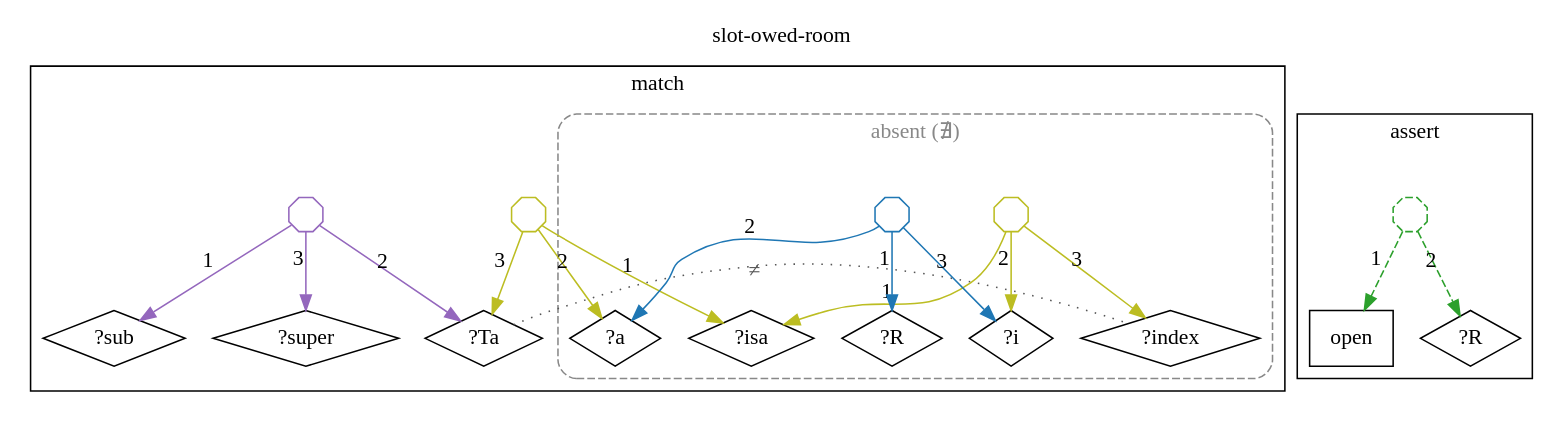
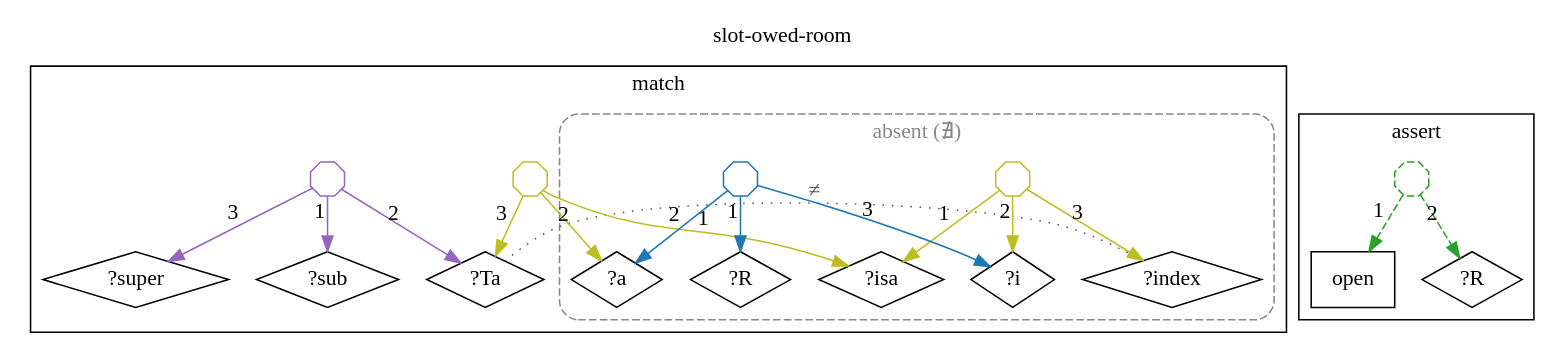
The diagram in docs/ein/user/04-reference/04-stdlib/diagrams/06-std.slots.slot-owed-room.dot (agutikov/ein), drawn with Graphviz before and after one commit. The commit also changed 102 other files, not shown here.

```diff
--- a/docs/ein/user/04-reference/04-stdlib/diagrams/06-std.slots.slot-owed-room.dot
+++ b/docs/ein/user/04-reference/04-stdlib/diagrams/06-std.slots.slot-owed-room.dot
@@ -1,41 +1,41 @@
 digraph rule_slot_owed_room_lhs_rhs {
   rankdir=TB;
   label="slot-owed-room"; labelloc=t;
   subgraph cluster_lhs { label="match";
     "?isa_L" [label="?isa", shape=diamond];
     "?a_L" [label="?a", shape=diamond];
     "?Ta_L" [label="?Ta", shape=diamond];
     "?sub_L" [label="?sub", shape=diamond];
     "?super_L" [label="?super", shape=diamond];
     "?index_L" [label="?index", shape=diamond];
     "h1_isa_L" [shape=octagon, label="", width=0.3, height=0.3, fixedsize=true, color="#bcbd22"];
     "h1_isa_L" -> "?isa_L" [xlabel="1", color="#bcbd22"];
     "h1_isa_L" -> "?a_L" [xlabel="2", color="#bcbd22"];
     "h1_isa_L" -> "?Ta_L" [xlabel="3", color="#bcbd22"];
     "h2_sub_L" [shape=octagon, label="", width=0.3, height=0.3, fixedsize=true, color="#9467bd"];
     "h2_sub_L" -> "?sub_L" [xlabel="1", color="#9467bd"];
     "h2_sub_L" -> "?Ta_L" [xlabel="2", color="#9467bd"];
     "h2_sub_L" -> "?super_L" [xlabel="3", color="#9467bd"];
-    "?Ta_L" -> "?index_L" [label="≠", dir=none, style=dotted, color="#555555", fontcolor="#555555", constraint=false];
+    "?Ta_L" -> "?index_L" [xlabel="≠", dir=none, style=dotted, color="#555555", fontcolor="#555555", constraint=false];
     subgraph cluster_absent_L_0 {
       label="absent (∄)"; style="dashed,rounded"; color="#888888"; fontcolor="#888888";
       "?i_L" [label="?i", shape=diamond];
       "?R_L" [label="?R", shape=diamond];
       "h3_isa_L" [shape=octagon, label="", width=0.3, height=0.3, fixedsize=true, color="#bcbd22"];
       "h3_isa_L" -> "?isa_L" [xlabel="1", color="#bcbd22"];
       "h3_isa_L" -> "?i_L" [xlabel="2", color="#bcbd22"];
       "h3_isa_L" -> "?index_L" [xlabel="3", color="#bcbd22"];
       "h4_R_L" [shape=octagon, label="", width=0.3, height=0.3, fixedsize=true, color="#1f77b4"];
       "h4_R_L" -> "?R_L" [xlabel="1", color="#1f77b4"];
       "h4_R_L" -> "?a_L" [xlabel="2", color="#1f77b4"];
       "h4_R_L" -> "?i_L" [xlabel="3", color="#1f77b4"];
     }
   }
   subgraph cluster_rhs { label="assert";
     "open_R" [label="open", shape=box];
     "?R_R" [label="?R", shape=diamond];
     "h5_open_R" [shape=octagon, label="", width=0.3, height=0.3, fixedsize=true, color="#2ca02c", style=dashed];
     "h5_open_R" -> "open_R" [xlabel="1", color="#2ca02c", style=dashed];
     "h5_open_R" -> "?R_R" [xlabel="2", color="#2ca02c", style=dashed];
   }
 }
```
